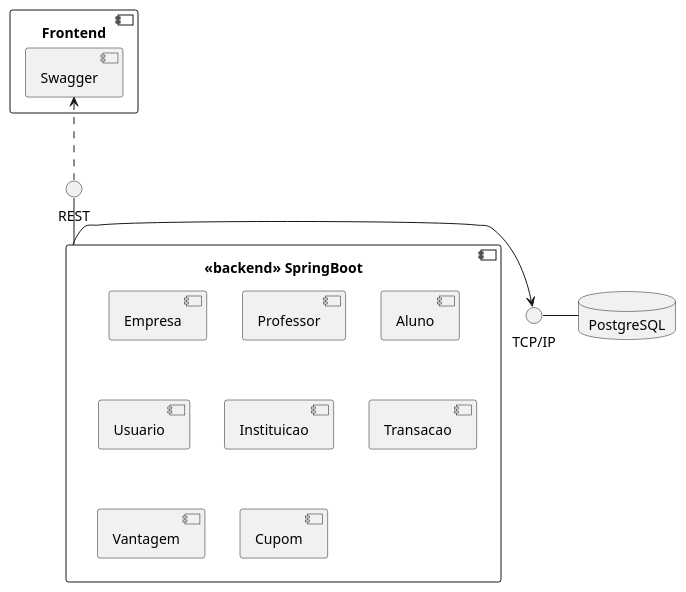
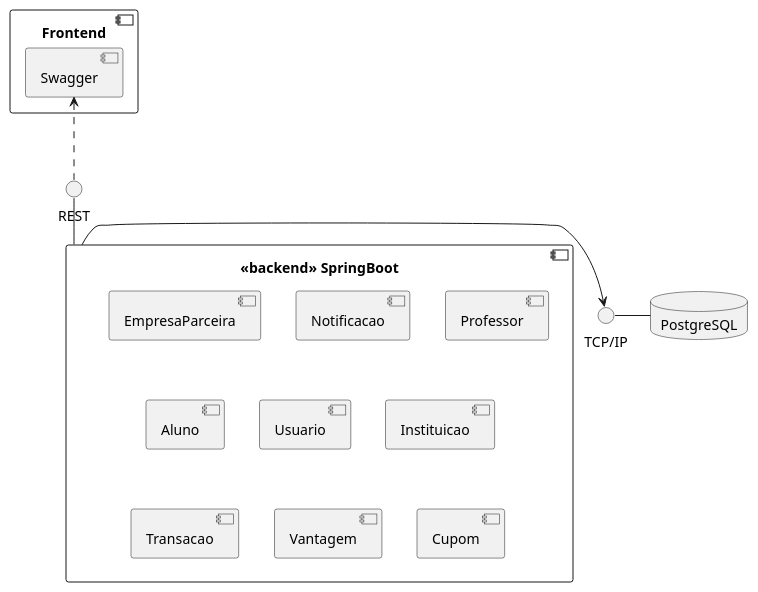
The diagram in project/code/componentsDiagram.puml (RafaMtF/LDS-Lab03), drawn with PlantUML before and after one commit. The commit also changed 1 other file, not shown here.

Commit message:
Update components diagram

```diff
--- a/project/code/componentsDiagram.puml
+++ b/project/code/componentsDiagram.puml
@@ -1,29 +1,30 @@
 @startuml
 interface "REST" as R1
 interface "TCP/IP" as T1
 
 component "Frontend" {
    component "Swagger" as SW
 }
 
 component "<<backend>> SpringBoot" as SB {
-[Empresa]
+[EmpresaParceira]
+[Notificacao]
 [Professor]
 [Aluno]
 [Usuario]
 [Instituicao]
 [Transacao]
 [Vantagem]
 [Cupom]
 }
 
 database "PostgreSQL" as PG {
 }
 
 SB -up- R1
 SW <.. R1 
 
 T1 - PG
 SB -right-> T1
 
 @enduml
```
